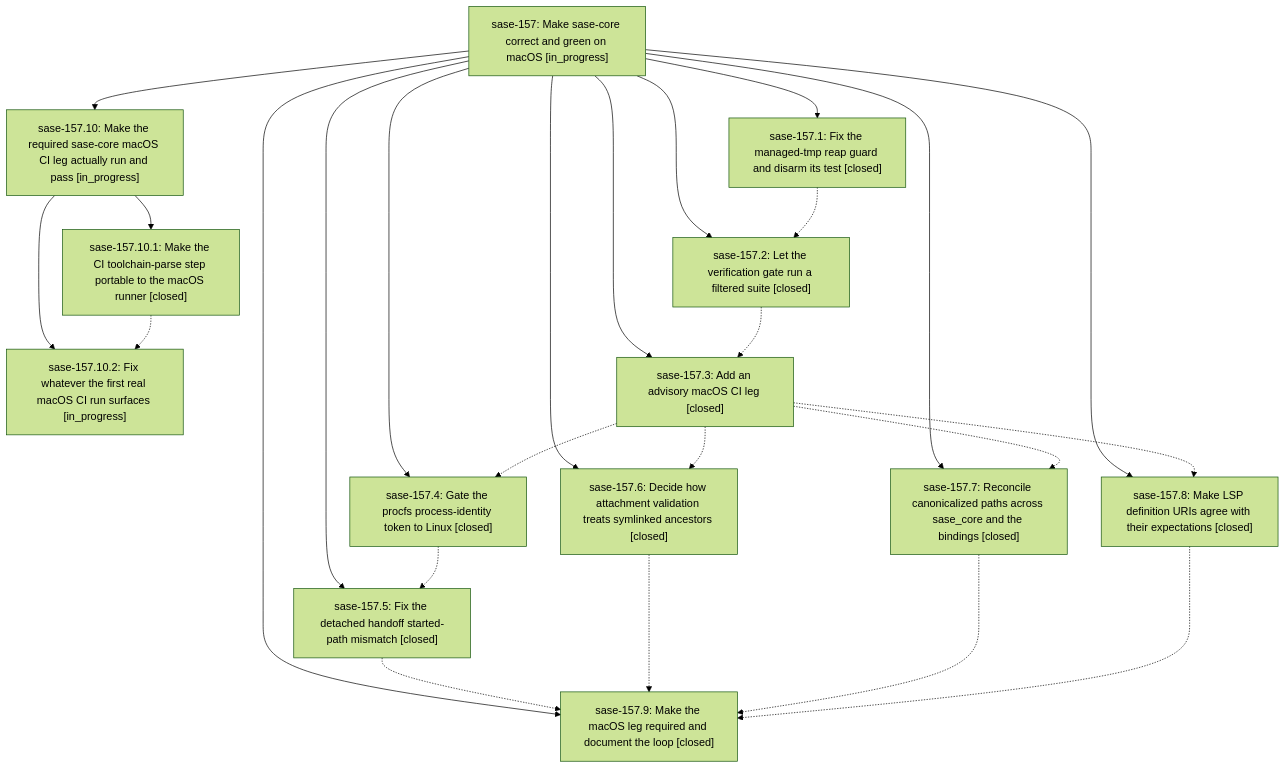
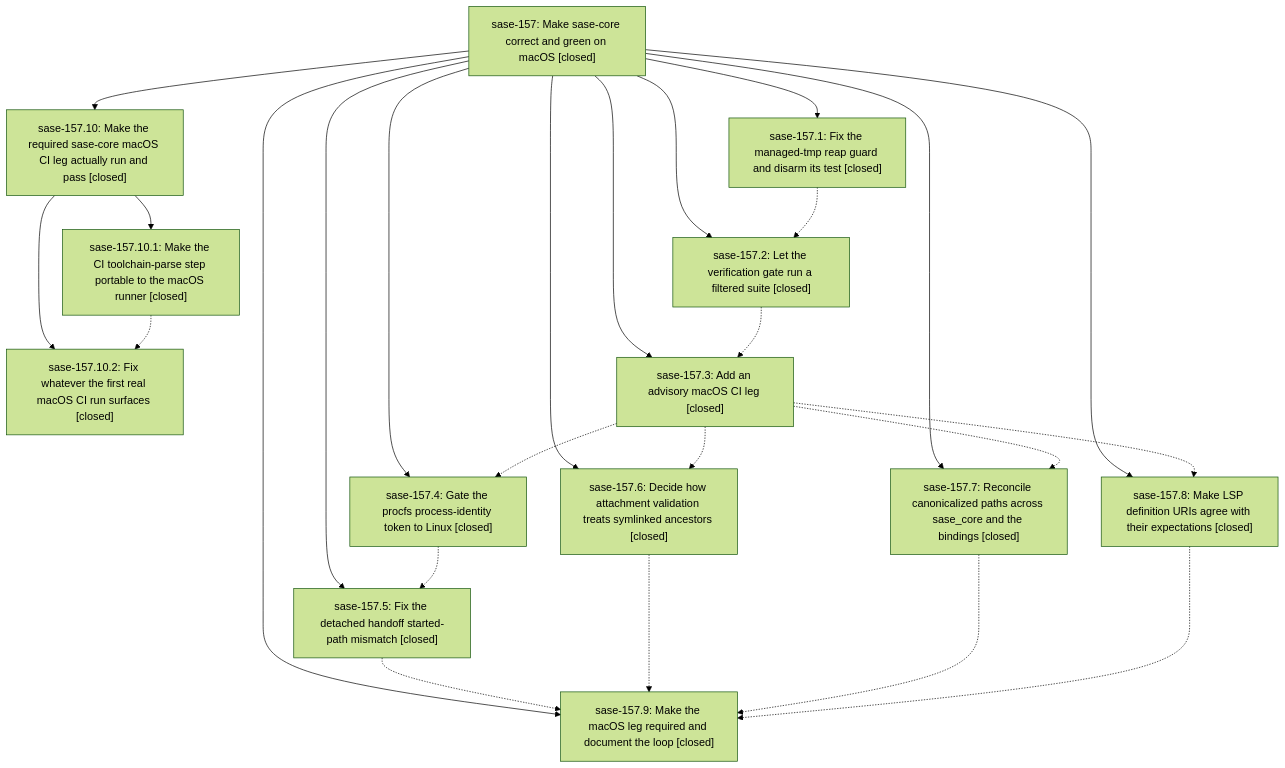
Before and after one commit to sase-org/sase--beads: the diagram in pages/sase-157/README.md, drawn with Mermaid (forest theme). The commit also changed other lines of this file and 3 other files, not shown here.

````diff
--- a/pages/sase-157/README.md
+++ b/pages/sase-157/README.md
@@ -46,40 +48,40 @@
 ```mermaid
 flowchart TD
-    n0["sase-157: Make sase-core correct and green on macOS [in_progress]"]
+    n0["sase-157: Make sase-core correct and green on macOS [closed]"]
     n1["sase-157.1: Fix the managed-tmp reap guard and disarm its test [closed]"]
-    n2["sase-157.10: Make the required sase-core macOS CI leg actually run and pass [in_progress]"]
+    n2["sase-157.10: Make the required sase-core macOS CI leg actually run and pass [closed]"]
     n3["sase-157.10.1: Make the CI toolchain-parse step portable to the macOS runner [closed]"]
-    n4["sase-157.10.2: Fix whatever the first real macOS CI run surfaces [in_progress]"]
+    n4["sase-157.10.2: Fix whatever the first real macOS CI run surfaces [closed]"]
     n5["sase-157.2: Let the verification gate run a filtered suite [closed]"]
     n6["sase-157.3: Add an advisory macOS CI leg [closed]"]
     n7["sase-157.4: Gate the procfs process-identity token to Linux [closed]"]
     n8["sase-157.5: Fix the detached handoff started-path mismatch [closed]"]
     n9["sase-157.6: Decide how attachment validation treats symlinked ancestors [closed]"]
     n10["sase-157.7: Reconcile canonicalized paths across sase_core and the bindings [closed]"]
     n11["sase-157.8: Make LSP definition URIs agree with their expectations [closed]"]
     n12["sase-157.9: Make the macOS leg required and document the loop [closed]"]
     n0 --> n1
     n0 --> n2
     n2 --> n3
     n2 --> n4
     n0 --> n5
     n0 --> n6
     n0 --> n7
     n0 --> n8
     n0 --> n9
     n0 --> n10
     n0 --> n11
     n0 --> n12
     n1 -.-> n5
     n3 -.-> n4
     n5 -.-> n6
     n6 -.-> n7
     n6 -.-> n9
     n6 -.-> n10
     n6 -.-> n11
     n7 -.-> n8
     n8 -.-> n12
     n9 -.-> n12
     n10 -.-> n12
     n11 -.-> n12
 ```
````
